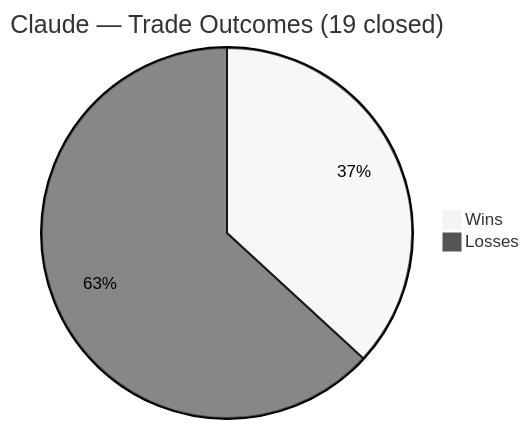
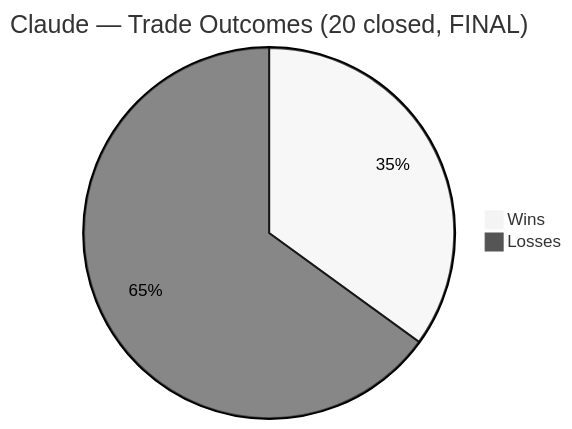
The third of 5 diagrams in README.md (zachisit/ai-auto-buy-thesis), drawn with Mermaid (neutral theme) before and after one commit. The commit also changed other lines of this file and 2 other files, not shown here.

````diff
--- a/README.md
+++ b/README.md
@@ -47,5 +47,5 @@
 ```mermaid
-pie title Claude — Trade Outcomes (19 closed)
+pie title Claude — Trade Outcomes (20 closed, FINAL)
     "Wins" : 7
-    "Losses" : 12
+    "Losses" : 13
 ```
````
